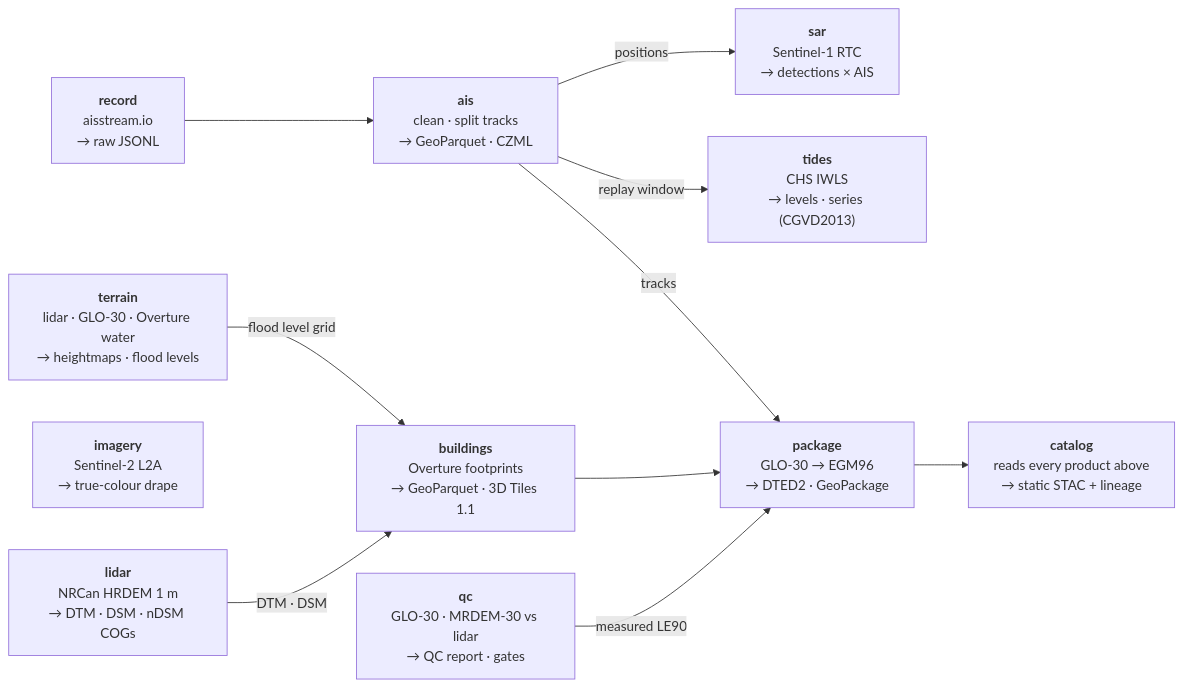
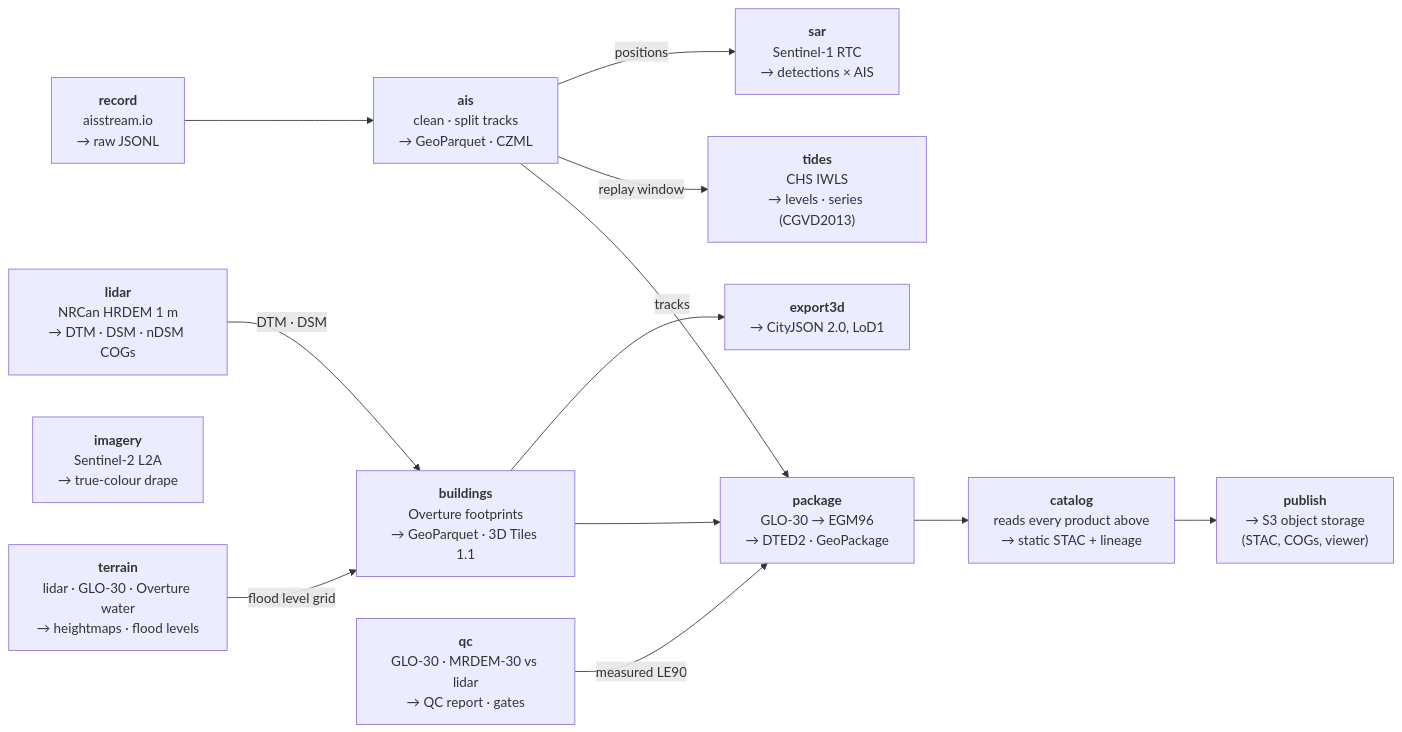
Before and after one commit to shivaji-patil/harbour-twin: the diagram in docs/diagrams/pipeline.mmd, drawn with Mermaid. The commit also changed 35 other files, not shown here.

First line of the commit message:
Container, object-storage publishing, OGC API Features, STAC Browser

```diff
--- a/docs/diagrams/pipeline.mmd
+++ b/docs/diagrams/pipeline.mmd
@@ -1,21 +1,25 @@
 flowchart LR
   lidar["<b>lidar</b><br/>NRCan HRDEM 1 m<br/>→ DTM · DSM · nDSM COGs"]
-  qc["<b>qc</b><br/>GLO-30 · MRDEM-30 vs lidar<br/>→ QC report · gates"]
   terrain["<b>terrain</b><br/>lidar · GLO-30 · Overture water<br/>→ heightmaps · flood levels"]
   imagery["<b>imagery</b><br/>Sentinel-2 L2A<br/>→ true-colour drape"]
   buildings["<b>buildings</b><br/>Overture footprints<br/>→ GeoParquet · 3D Tiles 1.1"]
   record["<b>record</b><br/>aisstream.io<br/>→ raw JSONL"]
   ais["<b>ais</b><br/>clean · split tracks<br/>→ GeoParquet · CZML"]
   sar["<b>sar</b><br/>Sentinel-1 RTC<br/>→ detections × AIS"]
   tides["<b>tides</b><br/>CHS IWLS<br/>→ levels · series (CGVD2013)"]
   package["<b>package</b><br/>GLO-30 → EGM96<br/>→ DTED2 · GeoPackage"]
   catalog["<b>catalog</b><br/>reads every product above<br/>→ static STAC + lineage"]
+  export3d["<b>export3d</b><br/>→ CityJSON 2.0, LoD1"]
+  qc["<b>qc</b><br/>GLO-30 · MRDEM-30 vs lidar<br/>→ QC report · gates"]
+  publish["<b>publish</b><br/>→ S3 object storage<br/>(STAC, COGs, viewer)"]
   lidar -- "DTM · DSM" --> buildings
+  buildings --> export3d
   terrain -- "flood level grid" --> buildings
   record --> ais
   ais -- "positions" --> sar
   ais -- "replay window" --> tides
   qc -- "measured LE90" --> package
   buildings --> package
   ais -- tracks --> package
   package --> catalog
+  catalog --> publish
```
